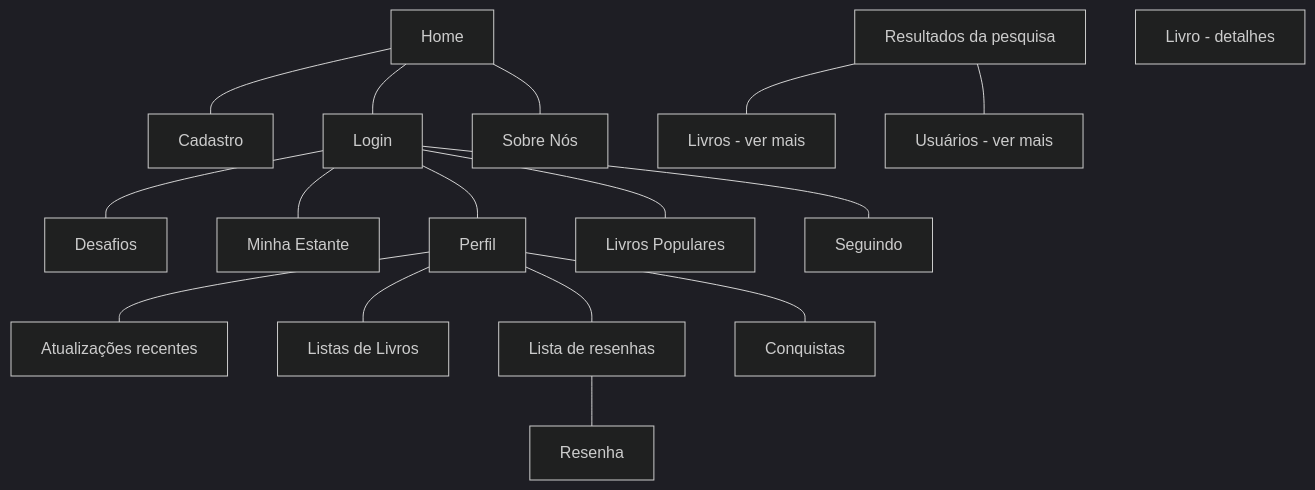
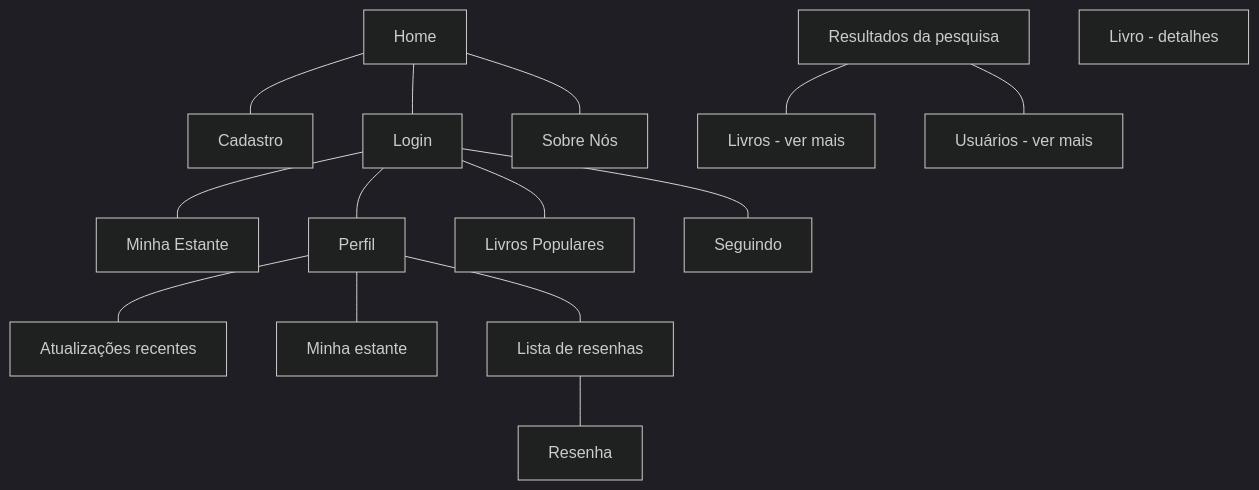
The first of 2 diagrams in doc/prototipos/prototipos.md (tads-cnat/pratiler), drawn with Mermaid (dark theme) before and after one commit.

````diff
--- a/doc/prototipos/prototipos.md
+++ b/doc/prototipos/prototipos.md
@@ -7,25 +7,22 @@
 ```mermaid
 flowchart TD
 1[Home] --- 2[Cadastro]
 1 --- 3[Login]
 1 --- 4[Sobre Nós]
 
-
-3 --- 6[Desafios]
 3 --- 7[Minha Estante]
 3 --- 8[Perfil]
 3 --- 9[Livros Populares]
 3 --- 10[Seguindo]
 
 8 --- 11[Atualizações recentes]
-8 --- 12[Listas de Livros]
+8 --- 12[Minha estante]
 8 --- 13[Lista de resenhas]
-8 --- 14[Conquistas]
 13 --- 15[Resenha]
 
 16[Resultados da pesquisa] --- 17[Livros - ver mais]
 16 --- 18[Usuários - ver mais]
 
 19[Livro - detalhes]
 
 ```
````
